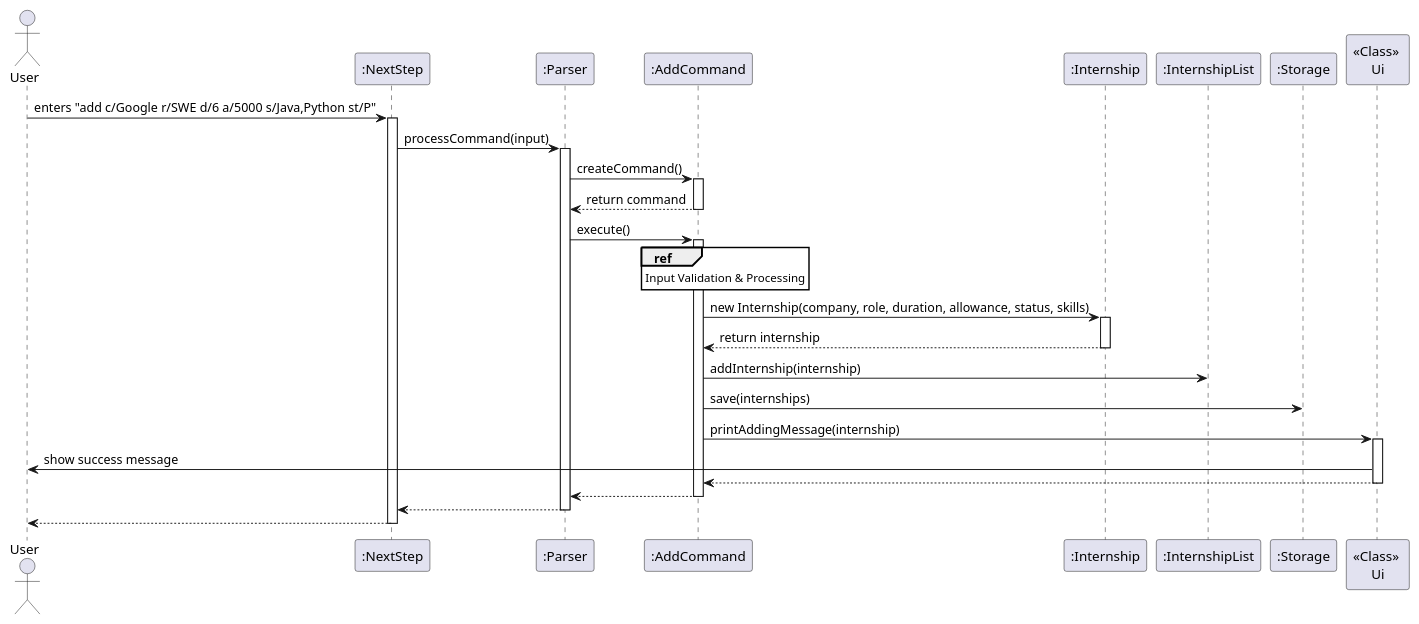
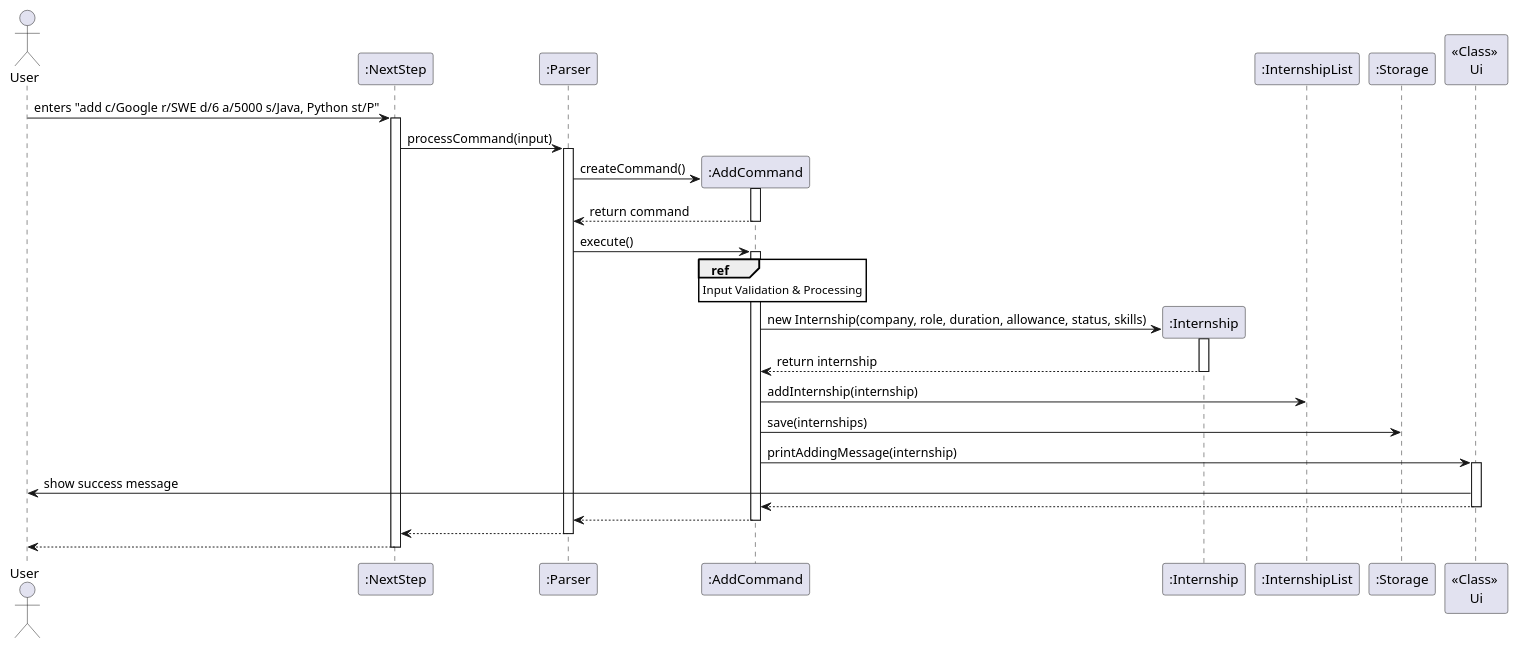
The diagram in docs/diagrams/addCommandSequence.puml (xyanjun02/tp), drawn with PlantUML before and after one commit. The commit also changed 16 other files, not shown here.

```diff
--- a/docs/diagrams/addCommandSequence.puml
+++ b/docs/diagrams/addCommandSequence.puml
@@ -1,53 +1,55 @@
 @startuml
 actor User
 participant ":NextStep" as NextStep
 participant ":Parser" as Parser
 participant ":AddCommand" as AddCommand
 participant ":Internship" as Internship
 participant ":InternshipList" as InternshipList
 participant ":Storage" as Storage
 participant "<<Class>> \nUi" as Ui
 skinparam sequenceReferenceBackgroundColor white
 
-User -> NextStep : enters "add c/Google r/SWE d/6 a/5000 s/Java,Python st/P"
+User -> NextStep : enters "add c/Google r/SWE d/6 a/5000 s/Java, Python st/P"
 activate NextStep
 
 NextStep -> Parser : processCommand(input)
 activate Parser
 
+create AddCommand
 Parser -> AddCommand : createCommand()
 activate AddCommand
 AddCommand --> Parser : return command
 deactivate AddCommand
 
 Parser -> AddCommand : execute()
 activate AddCommand
 
 ref over AddCommand
   Input Validation & Processing
 end ref
 
+create Internship
 AddCommand -> Internship : new Internship(company, role, duration, allowance, status, skills)
 activate Internship
 Internship --> AddCommand : return internship
 deactivate Internship
 
 AddCommand -> InternshipList : addInternship(internship)
 
 AddCommand -> Storage : save(internships)
 
 AddCommand -> Ui : printAddingMessage(internship)
 activate Ui
 Ui -> User : show success message
 Ui --> AddCommand
 deactivate Ui
 
 AddCommand --> Parser
 deactivate AddCommand
 
 Parser --> NextStep
 deactivate Parser
 
 NextStep --> User
 deactivate NextStep
 @enduml
```
